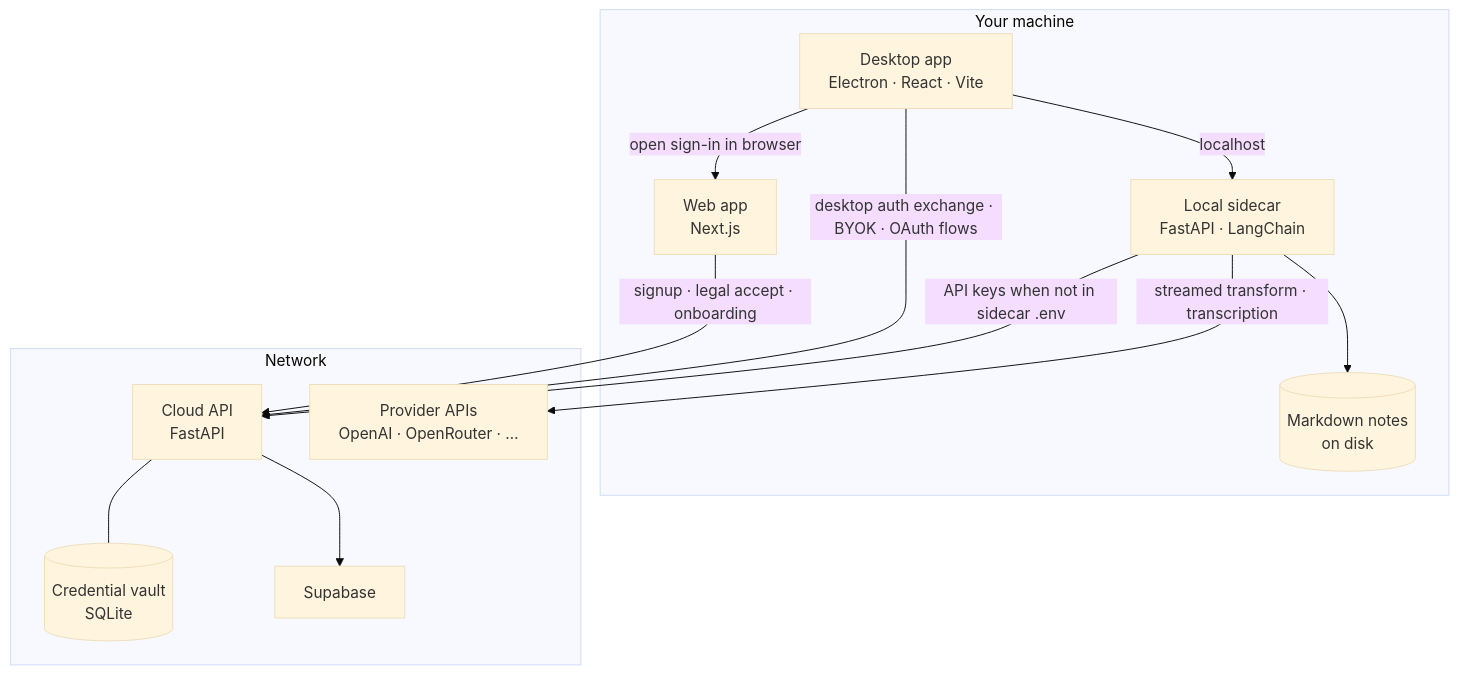
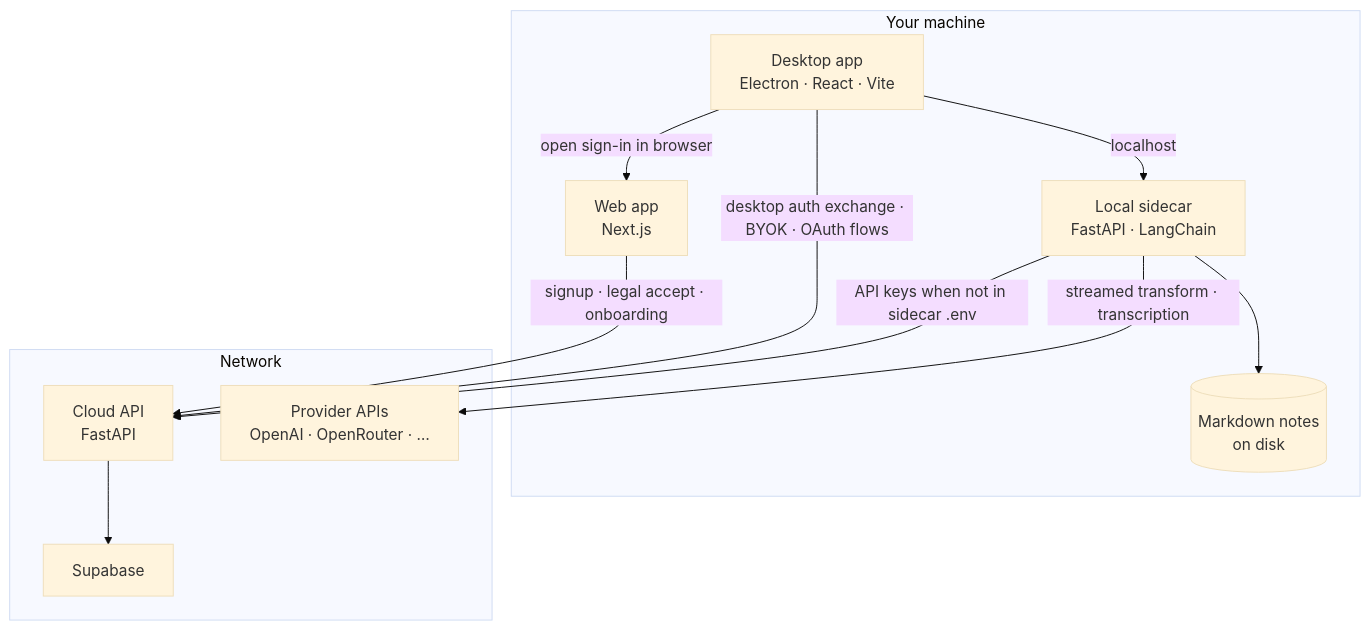
Before and after one commit to sridharchaildn/notebook-ai: the diagram in README.md, drawn with Mermaid (base theme). The commit also changed other lines of this file and 67 other files, not shown here.

````diff
--- a/README.md
+++ b/README.md
@@ -16,24 +16,22 @@
 ```mermaid
 flowchart TB
   subgraph machine["Your machine"]
     Desktop["Desktop app<br/>Electron · React · Vite"]
     Web["Web app<br/>Next.js"]
     Sidecar["Local sidecar<br/>FastAPI · LangChain"]
     Notes[("Markdown notes<br/>on disk")]
     Desktop -->|"localhost"| Sidecar
     Sidecar --> Notes
     Desktop -->|"open sign-in in browser"| Web
   end
   subgraph network["Network"]
     Cloud["Cloud API<br/>FastAPI"]
-    Vault[("Credential vault<br/>SQLite")]
     Supabase["Supabase"]
     Providers["Provider APIs<br/>OpenAI · OpenRouter · …"]
-    Cloud --- Vault
     Cloud --> Supabase
   end
   Web -->|"signup · legal accept · onboarding"| Cloud
   Desktop -->|"desktop auth exchange · BYOK · OAuth flows"| Cloud
   Sidecar -->|"API keys when not in sidecar .env"| Cloud
   Sidecar -->|"streamed transform · transcription"| Providers
 ```
````
